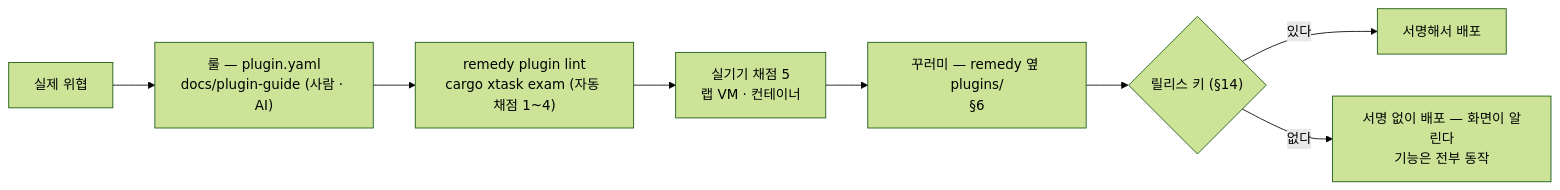
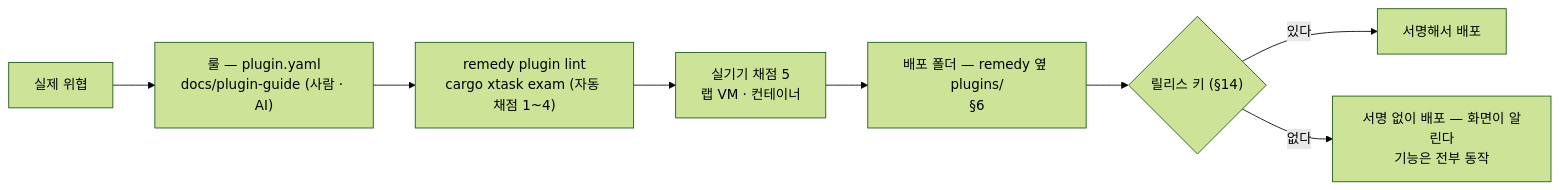
Diagram 21 of 21 in docs/remedy-전체-그림.md (ESTsecurity/remedy), drawn with Mermaid (forest theme) before and after one commit. The commit also changed other lines of this file and 12 other files, not shown here.

````diff
--- a/docs/remedy-전체-그림.md
+++ b/docs/remedy-전체-그림.md
@@ -991,10 +991,10 @@
 ```mermaid
 flowchart LR
     T["실제 위협"] --> R["룰 — plugin.yaml<br/>docs/plugin-guide (사람 · AI)"]
     R --> L["remedy plugin lint<br/>cargo xtask exam (자동 채점 1~4)"]
     L --> M["실기기 채점 5<br/>랩 VM · 컨테이너"]
-    M --> P["꾸러미 — remedy 옆 plugins/<br/>§6"]
+    M --> P["배포 폴더 — remedy 옆 plugins/<br/>§6"]
     P --> S{"릴리스 키 (§14)"}
     S -->|있다| SG["서명해서 배포"]
     S -->|없다| NS["서명 없이 배포 — 화면이 알린다<br/>기능은 전부 동작"]
 ```
````
